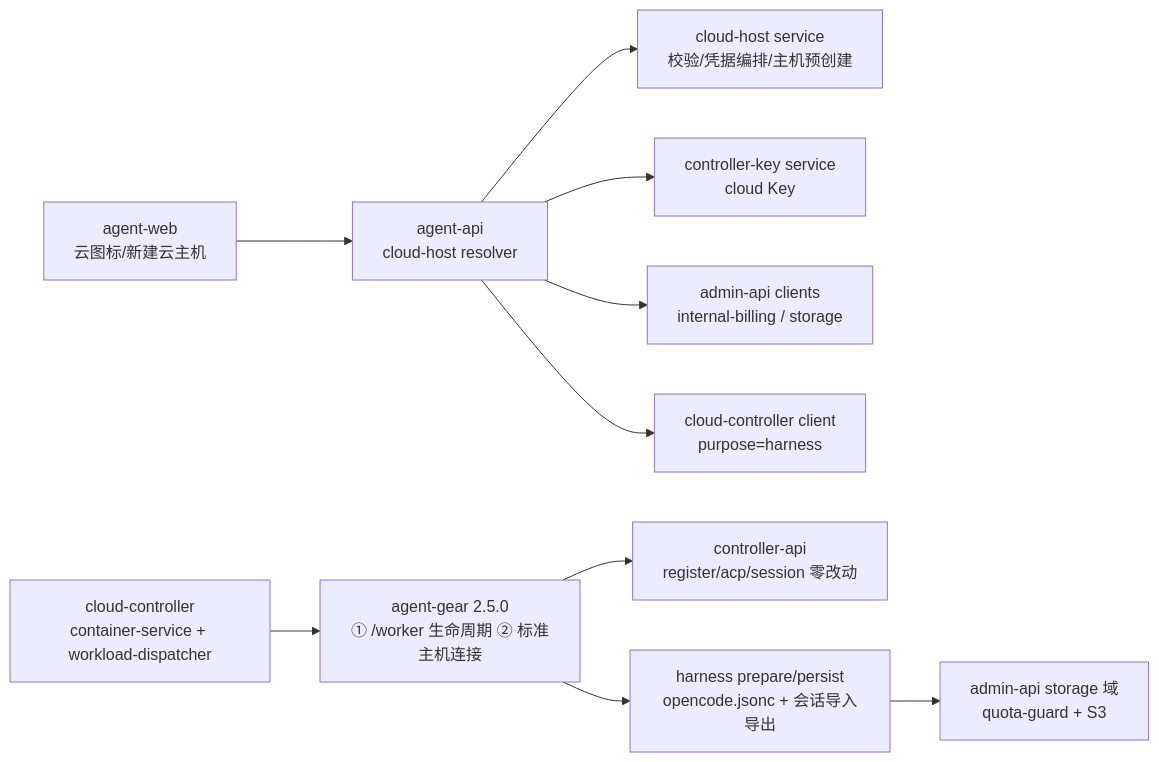
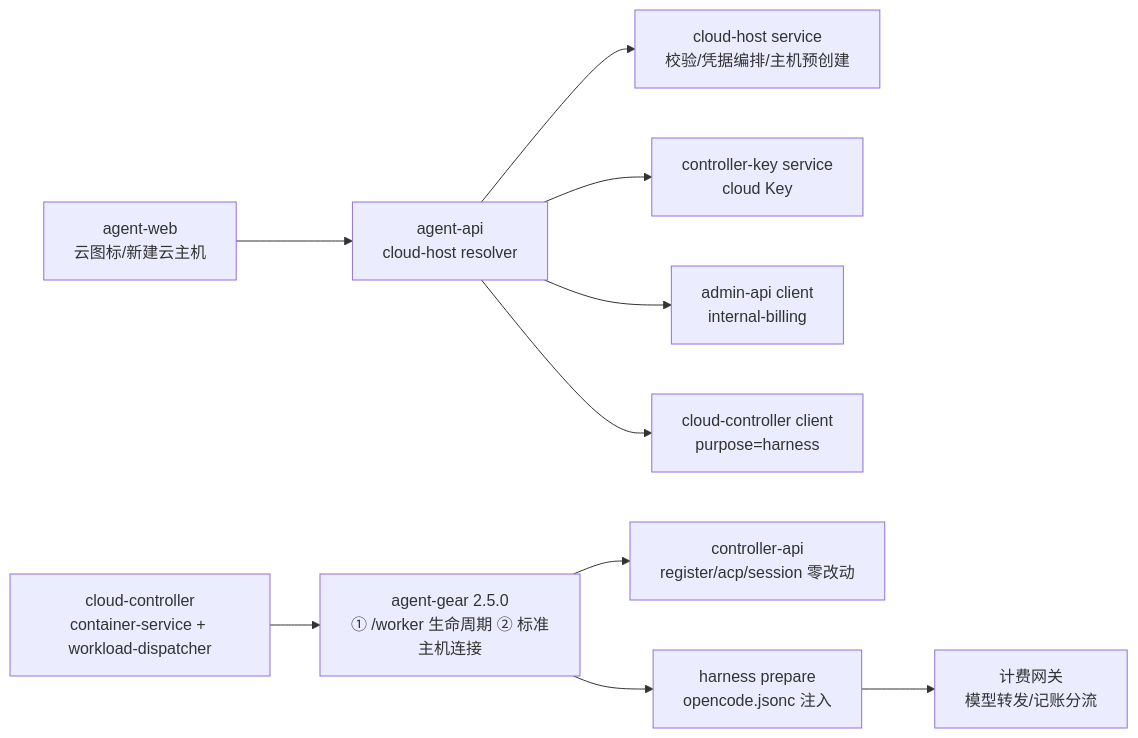
One commit to Deliay/z-agent-gear changed the second of 5 diagrams in docs/engineering/proposals/20261020-feat-container-harness-support.md. Above: the diagram before and after it, drawn with Mermaid. The commit also changed other lines of this file and 3 other files, not shown here.

````diff
--- a/docs/engineering/proposals/20261020-feat-container-harness-support.md
+++ b/docs/engineering/proposals/20261020-feat-container-harness-support.md
@@ -121,12 +121,12 @@
 ```mermaid
 graph LR
     A[agent-web<br/>云图标/新建云主机] --> B[agent-api<br/>cloud-host resolver]
     B --> C[cloud-host service<br/>校验/凭据编排/主机预创建]
     B --> D[controller-key service<br/>cloud Key]
-    B --> E[admin-api clients<br/>internal-billing / storage]
+    B --> E[admin-api client<br/>internal-billing]
     B --> F[cloud-controller client<br/>purpose=harness]
     G[cloud-controller<br/>container-service + workload-dispatcher] --> H[agent-gear 2.5.0<br/>① /worker 生命周期 ② 标准主机连接]
     H --> I[controller-api<br/>register/acp/session 零改动]
-    H --> J[harness prepare/persist<br/>opencode.jsonc + 会话导入导出]
-    J --> K[admin-api storage 域<br/>quota-guard + S3]
+    H --> J[harness prepare<br/>opencode.jsonc 注入]
+    J --> K[计费网关<br/>模型转发/记账分流]
 ```
````
